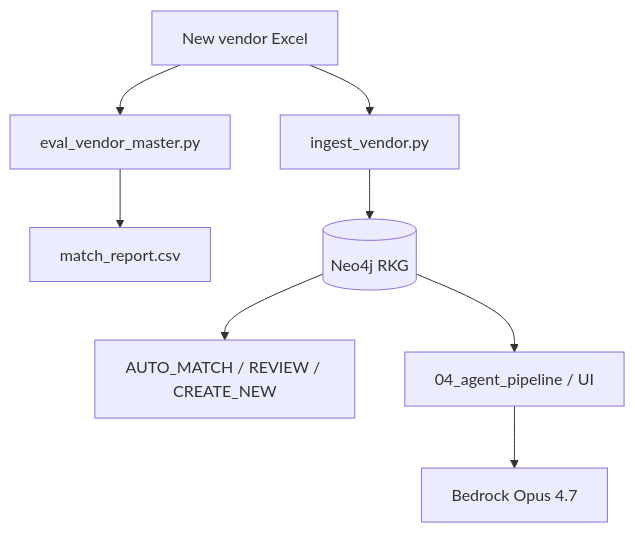
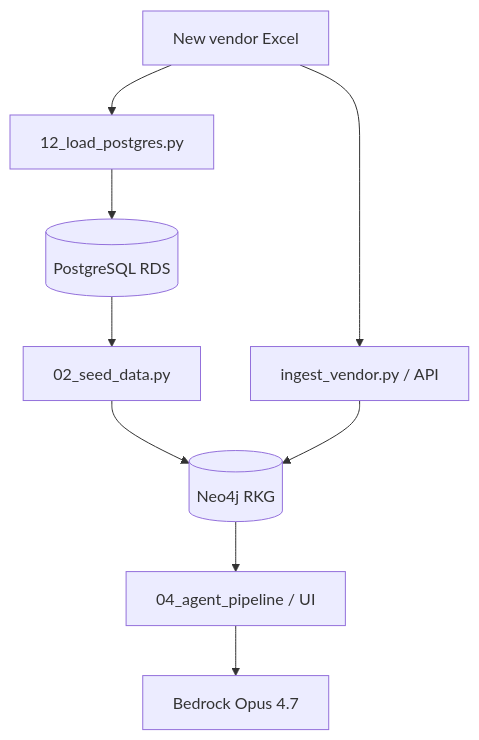
Before and after one commit to samlonka/team8-RKG: the diagram in README.md, drawn with Mermaid. The commit also changed other lines of this file and 4 other files, not shown here.

````diff
--- a/README.md
+++ b/README.md
@@ -243,11 +279,12 @@
 ```mermaid
 flowchart TD
   Excel[New vendor Excel]
-  Excel --> Eval[eval_vendor_master.py]
-  Eval --> CSV[match_report.csv]
-  Excel --> Ingest[ingest_vendor.py]
-  Ingest --> Neo4j[(Neo4j RKG)]
-  Neo4j --> Status[AUTO_MATCH / REVIEW / CREATE_NEW]
+  Excel --> PG[12_load_postgres.py]
+  PG --> RDS[(PostgreSQL RDS)]
+  RDS --> Seed[02_seed_data.py]
+  Seed --> Neo4j[(Neo4j RKG)]
+  Excel --> Ingest[ingest_vendor.py / API]
+  Ingest --> Neo4j
   Neo4j --> Agents[04_agent_pipeline / UI]
   Agents --> Bedrock[Bedrock Opus 4.7]
 ```
````
